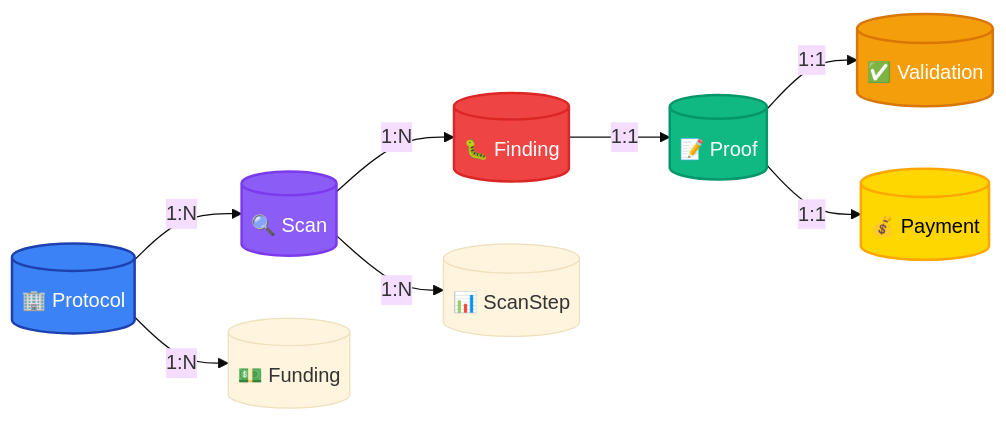
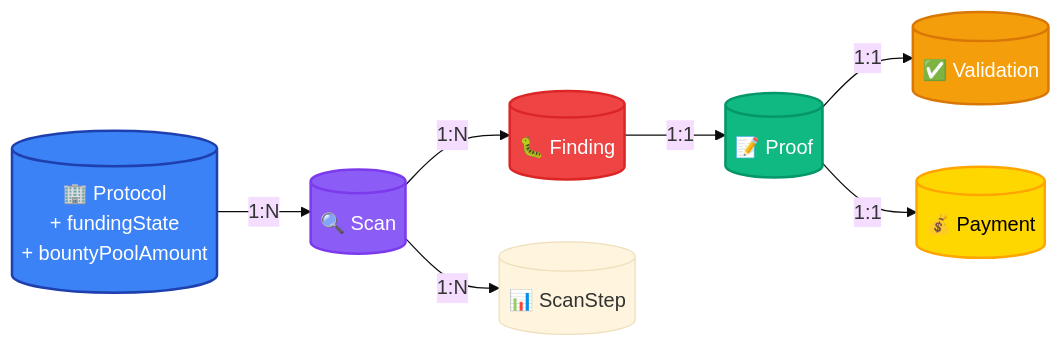
One commit to jul1angr1s/AI_Bug_Bountry_App changed the seventh of 10 diagrams in README.md. Above: the diagram before and after it, drawn with Mermaid (base theme). The commit also changed other lines of this file and 6 other files, not shown here.

````diff
--- a/README.md
+++ b/README.md
@@ -526,26 +557,24 @@
 ```mermaid
 graph LR
-    Protocol[(🏢 Protocol)]
+    Protocol[(🏢 Protocol<br/>+ fundingState<br/>+ bountyPoolAmount)]
     Scan[(🔍 Scan)]
     Finding[(🐛 Finding)]
     Proof[(📝 Proof)]
     Validation[(✅ Validation)]
     Payment[(💰 Payment)]
     ScanStep[(📊 ScanStep)]
-    Funding[(💵 Funding)]
 
     Protocol -->|1:N| Scan
-    Protocol -->|1:N| Funding
     Scan -->|1:N| Finding
     Scan -->|1:N| ScanStep
     Finding -->|1:1| Proof
     Proof -->|1:1| Validation
     Proof -->|1:1| Payment
 
     style Protocol fill:#3B82F6,stroke:#1E40AF,stroke-width:2px,color:#fff
     style Scan fill:#8B5CF6,stroke:#7C3AED,stroke-width:2px,color:#fff
     style Finding fill:#EF4444,stroke:#DC2626,stroke-width:2px,color:#fff
     style Proof fill:#10B981,stroke:#059669,stroke-width:2px,color:#fff
     style Validation fill:#F59E0B,stroke:#D97706,stroke-width:2px,color:#fff
     style Payment fill:#FFD700,stroke:#FFA500,stroke-width:2px,color:#000
 ```
````
